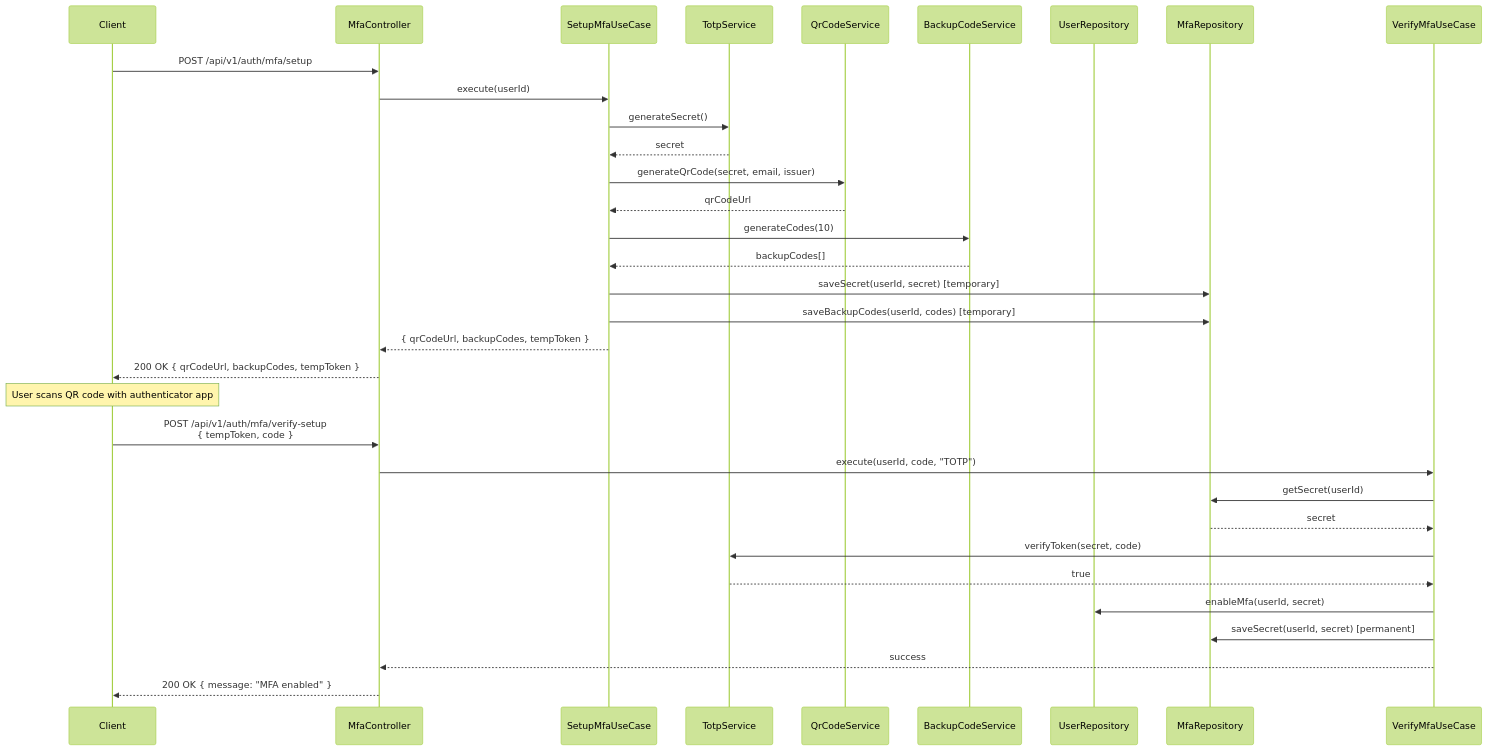
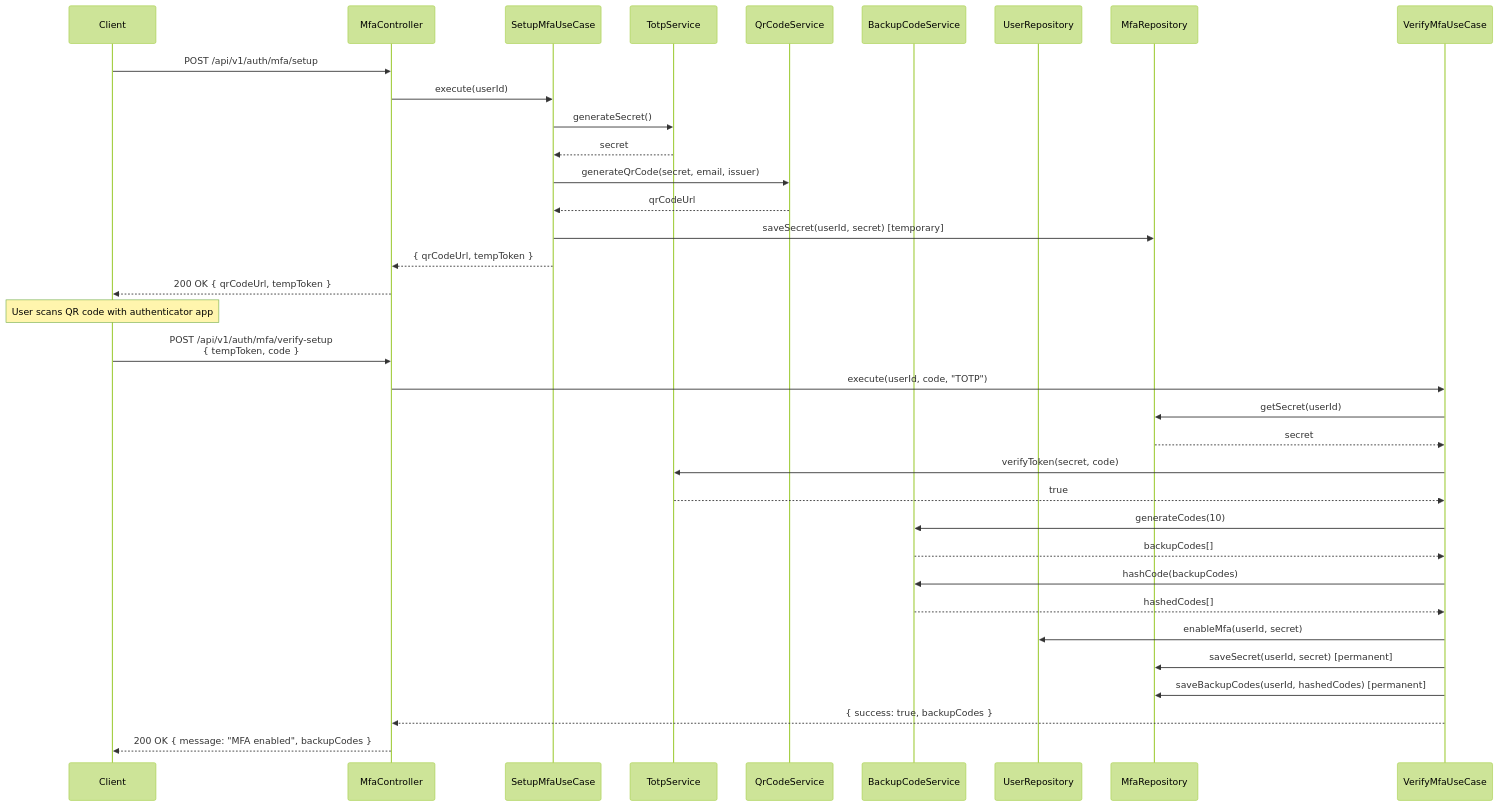
The first of 4 diagrams in docs/detailed-design/MWD-30_mfa-implementation/sequence-diagrams.md (kencom2400/MrWebDefence-Console), drawn with Mermaid (forest theme) before and after one commit. The commit also changed 4 other files, not shown here.

````diff
--- a/docs/detailed-design/MWD-30_mfa-implementation/sequence-diagrams.md
+++ b/docs/detailed-design/MWD-30_mfa-implementation/sequence-diagrams.md
@@ -5,46 +5,49 @@
 ```mermaid
 sequenceDiagram
     participant Client
     participant MfaController
     participant SetupMfaUseCase
     participant TotpService
     participant QrCodeService
     participant BackupCodeService
     participant UserRepository
     participant MfaRepository
 
     Client->>MfaController: POST /api/v1/auth/mfa/setup
     MfaController->>SetupMfaUseCase: execute(userId)
     
     SetupMfaUseCase->>TotpService: generateSecret()
     TotpService-->>SetupMfaUseCase: secret
     
     SetupMfaUseCase->>QrCodeService: generateQrCode(secret, email, issuer)
     QrCodeService-->>SetupMfaUseCase: qrCodeUrl
     
-    SetupMfaUseCase->>BackupCodeService: generateCodes(10)
-    BackupCodeService-->>SetupMfaUseCase: backupCodes[]
+    SetupMfaUseCase->>MfaRepository: saveSecret(userId, secret) [temporary]
     
-    SetupMfaUseCase->>MfaRepository: saveSecret(userId, secret) [temporary]
-    SetupMfaUseCase->>MfaRepository: saveBackupCodes(userId, codes) [temporary]
-    
-    SetupMfaUseCase-->>MfaController: { qrCodeUrl, backupCodes, tempToken }
-    MfaController-->>Client: 200 OK { qrCodeUrl, backupCodes, tempToken }
+    SetupMfaUseCase-->>MfaController: { qrCodeUrl, tempToken }
+    MfaController-->>Client: 200 OK { qrCodeUrl, tempToken }
     
     Note over Client: User scans QR code with authenticator app
     
     Client->>MfaController: POST /api/v1/auth/mfa/verify-setup<br/>{ tempToken, code }
     MfaController->>VerifyMfaUseCase: execute(userId, code, "TOTP")
     
     VerifyMfaUseCase->>MfaRepository: getSecret(userId)
     MfaRepository-->>VerifyMfaUseCase: secret
     
     VerifyMfaUseCase->>TotpService: verifyToken(secret, code)
     TotpService-->>VerifyMfaUseCase: true
     
+    VerifyMfaUseCase->>BackupCodeService: generateCodes(10)
+    BackupCodeService-->>VerifyMfaUseCase: backupCodes[]
+    
+    VerifyMfaUseCase->>BackupCodeService: hashCode(backupCodes)
+    BackupCodeService-->>VerifyMfaUseCase: hashedCodes[]
+    
     VerifyMfaUseCase->>UserRepository: enableMfa(userId, secret)
     VerifyMfaUseCase->>MfaRepository: saveSecret(userId, secret) [permanent]
+    VerifyMfaUseCase->>MfaRepository: saveBackupCodes(userId, hashedCodes) [permanent]
     
-    VerifyMfaUseCase-->>MfaController: success
-    MfaController-->>Client: 200 OK { message: "MFA enabled" }
+    VerifyMfaUseCase-->>MfaController: { success: true, backupCodes }
+    MfaController-->>Client: 200 OK { message: "MFA enabled", backupCodes }
 ```
````
